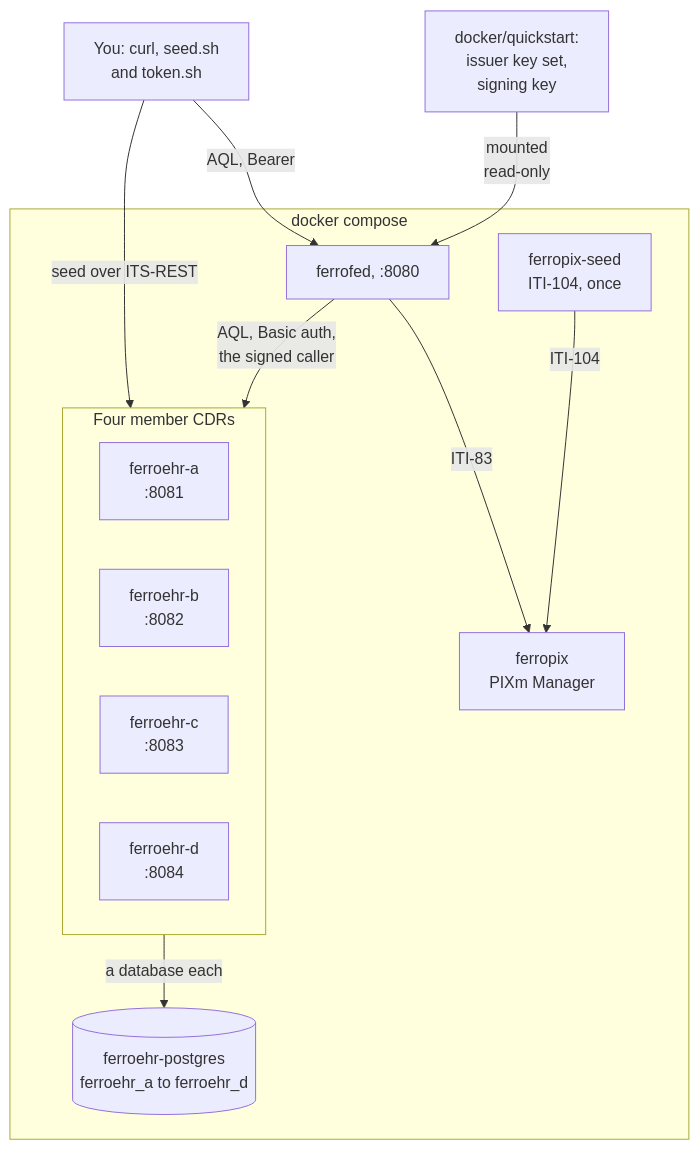
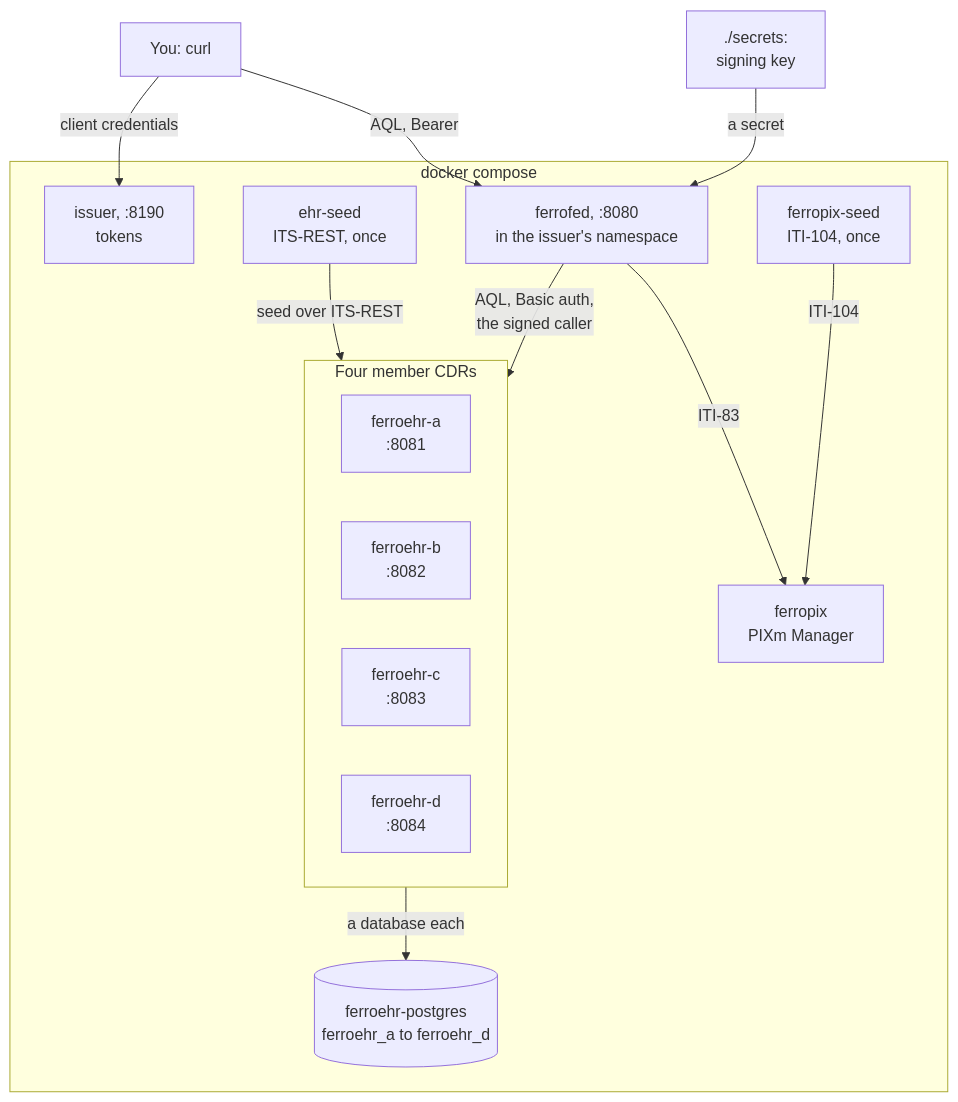
Before and after one commit to FerroHEALTH/FerroFED: the first of 3 diagrams in website/book/src/how-it-works/deployment.md, drawn with Mermaid. The commit also changed other lines of this file and 21 other files, not shown here.

````diff
--- a/website/book/src/how-it-works/deployment.md
+++ b/website/book/src/how-it-works/deployment.md
@@ -26,24 +26,27 @@
 ```mermaid
 flowchart TB
-    you["You: curl, seed.sh<br/>and token.sh"]
-    keys["docker/quickstart:<br/>issuer key set,<br/>signing key"]
+    you["You: curl"]
+    keys["./secrets:<br/>signing key"]
     subgraph compose["docker compose"]
-        gw["ferrofed, :8080"]
+        iss["issuer, :8190<br/>tokens"]
+        gw["ferrofed, :8080<br/>in the issuer's namespace"]
+        ehrseed["ehr-seed<br/>ITS-REST, once"]
         pix["ferropix<br/>PIXm Manager"]
         seed["ferropix-seed<br/>ITI-104, once"]
         subgraph nodes["Four member CDRs"]
             a["ferroehr-a<br/>:8081"]
             b["ferroehr-b<br/>:8082"]
             c["ferroehr-c<br/>:8083"]
             d["ferroehr-d<br/>:8084"]
         end
         pg[("ferroehr-postgres<br/>ferroehr_a to ferroehr_d")]
     end
+    you -->|"client credentials"| iss
     you -->|"AQL, Bearer"| gw
-    keys -->|"mounted<br/>read-only"| gw
-    you -->|"seed over ITS-REST"| nodes
+    keys -->|"a secret"| gw
+    ehrseed -->|"seed over ITS-REST"| nodes
     gw -->|"AQL, Basic auth,<br/>the signed caller"| nodes
     gw -->|"ITI-83"| pix
     seed -->|"ITI-104"| pix
     nodes -->|"a database each"| pg
 ```
````
